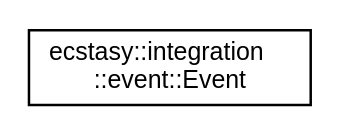
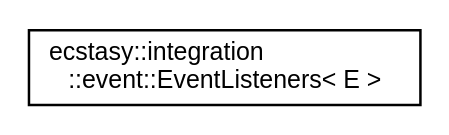
Before and after one commit to AndreasLrx/ecstasy: the diagram in inherit_graph_11.dot, drawn with Graphviz. The commit also changed 394 other files, not shown here.

```diff
--- a/inherit_graph_11.dot
+++ b/inherit_graph_11.dot
@@ -1,8 +1,8 @@
 digraph "Graphical Class Hierarchy"
 {
  // LATEX_PDF_SIZE
   edge [fontname="Helvetica",fontsize="10",labelfontname="Helvetica",labelfontsize="10"];
   node [fontname="Helvetica",fontsize="10",shape=record];
   rankdir="LR";
-  Node0 [label="ecstasy::integration\l::event::Event",height=0.2,width=0.4,color="black", fillcolor="white", style="filled",URL="$structecstasy_1_1integration_1_1event_1_1_event.html",tooltip="Event class."];
+  Node0 [label="ecstasy::integration\l::event::EventListeners\< E \>",height=0.2,width=0.4,color="black", fillcolor="white", style="filled",URL="$classecstasy_1_1integration_1_1event_1_1_event_listeners.html",tooltip="Event listeners component type."];
 }
```
